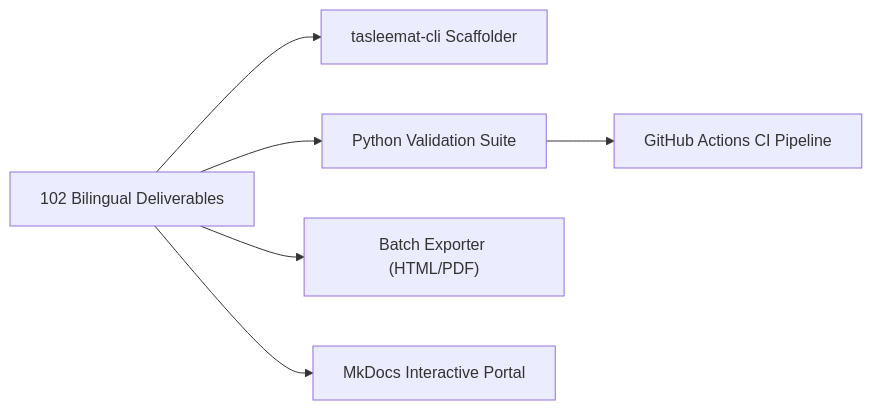
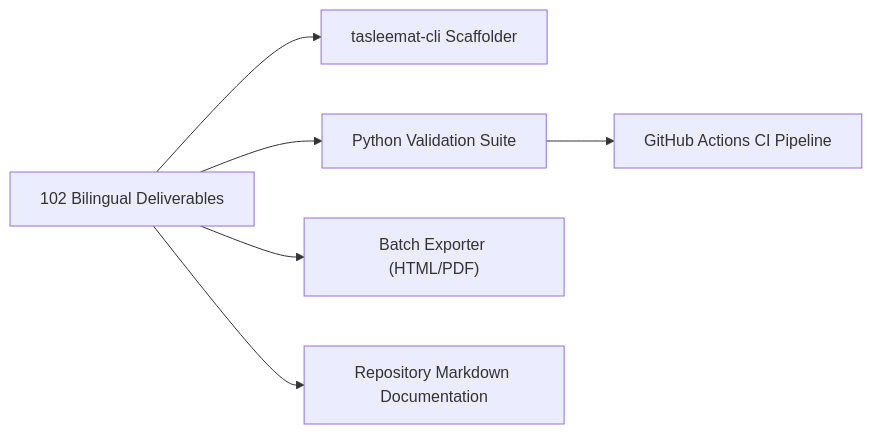
The diagram in docs/en/11_tools_and_automation.md (fakhruldeen/Tasleemat), drawn with Mermaid before and after one commit. The commit also changed other lines of this file and 57 other files, not shown here.

````diff
--- a/docs/en/11_tools_and_automation.md
+++ b/docs/en/11_tools_and_automation.md
@@ -34,8 +34,8 @@
 ```mermaid
 flowchart LR
     A["102 Bilingual Deliverables"] --> B["tasleemat-cli Scaffolder"]
     A --> C["Python Validation Suite"]
     C --> D["GitHub Actions CI Pipeline"]
     A --> E["Batch Exporter (HTML/PDF)"]
-    A --> F["MkDocs Interactive Portal"]
+    A --> F["Repository Markdown Documentation"]
 ```
````
